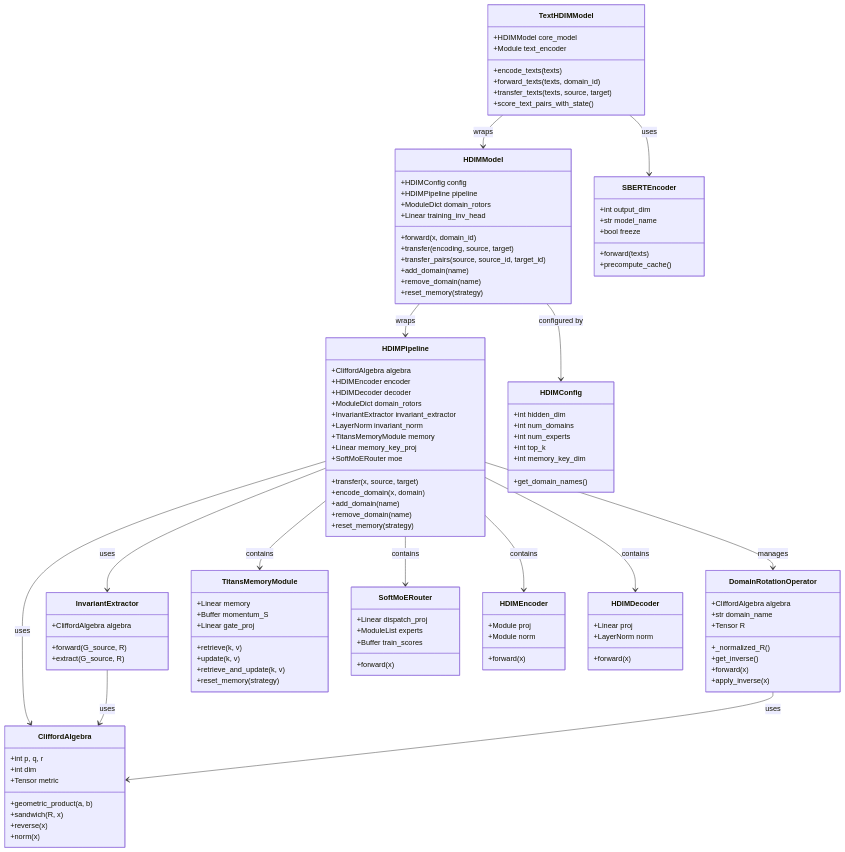
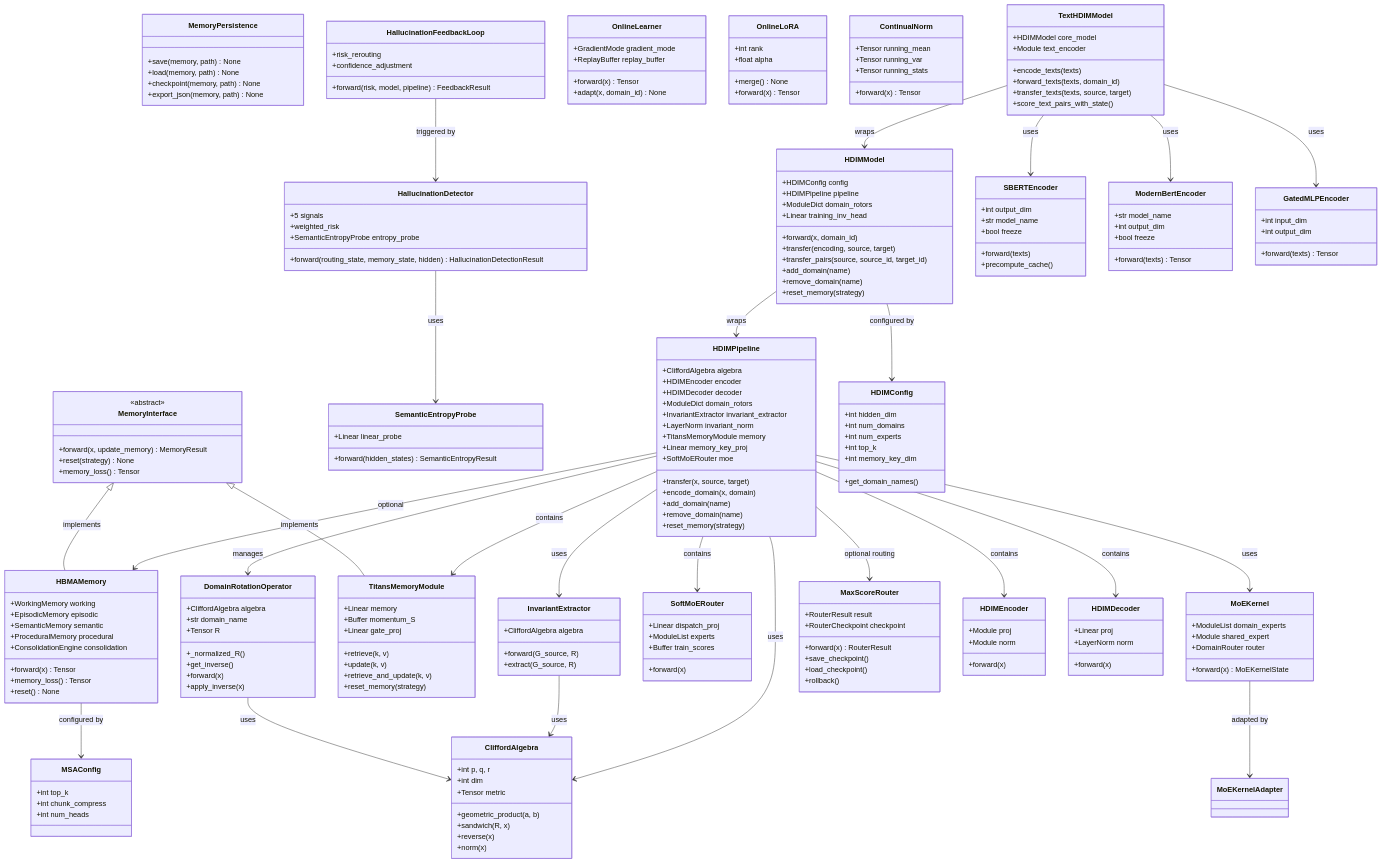
Before and after one commit to ShmidtS/hypercoplexAI: the second of 22 diagrams in docs/DIAGRAMS.md, drawn with Mermaid. The commit also changed other lines of this file and 3 other files, not shown here.

First line of the commit message:
docs: update ARCHITECTURE, DIAGRAMS, README, HDIM docs

````diff
--- a/docs/DIAGRAMS.md
+++ b/docs/DIAGRAMS.md
@@ -117,7 +142,7 @@
         +reverse(x)
         +norm(x)
     }
-    
+
     class DomainRotationOperator {
         +CliffordAlgebra algebra
         +str domain_name
@@ -127,13 +152,19 @@
         +forward(x)
         +apply_inverse(x)
     }
-    
+
     class InvariantExtractor {
         +CliffordAlgebra algebra
         +forward(G_source, R)
         +extract(G_source, R)
     }
-    
+
+    class MemoryInterface <<abstract>> {
+        +forward(x, update_memory) MemoryResult
+        +reset(strategy) None
+        +memory_loss() Tensor
+    }
+
     class TitansMemoryModule {
         +Linear memory
         +Buffer momentum_S
@@ -143,26 +174,105 @@
         +retrieve_and_update(k, v)
         +reset_memory(strategy)
     }
-    
+
+    class HBMAMemory {
+        +WorkingMemory working
+        +EpisodicMemory episodic
+        +SemanticMemory semantic
+        +ProceduralMemory procedural
+        +ConsolidationEngine consolidation
+        +forward(x) Tensor
+        +memory_loss() Tensor
+        +reset() None
+    }
+
+    class MSAConfig {
+        +int top_k
+        +int chunk_compress
+        +int num_heads
+    }
+
+    class MemoryPersistence {
+        +save(memory, path) None
+        +load(memory, path) None
+        +checkpoint(memory, path) None
+        +export_json(memory, path) None
+    }
+
     class SoftMoERouter {
         +Linear dispatch_proj
         +ModuleList experts
         +Buffer train_scores
         +forward(x)
     }
-    
+
+    class MoEKernel {
+        +ModuleList domain_experts
+        +Module shared_expert
+        +DomainRouter router
+        +forward(x) MoEKernelState
+    }
+
+    class MaxScoreRouter {
+        +forward(x) RouterResult
+        +RouterResult result
+        +RouterCheckpoint checkpoint
+        +save_checkpoint()
+        +load_checkpoint()
+        +rollback()
+    }
+
     class HDIMEncoder {
         +Module proj
         +Module norm
         +forward(x)
     }
-    
+
     class HDIMDecoder {
         +Linear proj
         +LayerNorm norm
         +forward(x)
     }
-    
+
+    class HallucinationDetector {
+        +5 signals
+        +weighted_risk
+        +SemanticEntropyProbe entropy_probe
+        +forward(routing_state, memory_state, hidden) HallucinationDetectionResult
+    }
+
+    class HallucinationFeedbackLoop {
+        +risk_rerouting
+        +confidence_adjustment
+        +forward(risk, model, pipeline) FeedbackResult
+    }
+
+    class SemanticEntropyProbe {
+        +Linear linear_probe
+        +forward(hidden_states) SemanticEntropyResult
+    }
+
+    class OnlineLearner {
+        +GradientMode gradient_mode
+        +ReplayBuffer replay_buffer
+        +forward(x) Tensor
+        +adapt(x, domain_id) None
+    }
+
+    class OnlineLoRA {
+        +int rank
+        +float alpha
+        +merge() None
+        +forward(x) Tensor
+    }
+
+    class ContinualNorm {
+        +Tensor running_mean
+        +Tensor running_var
+        +Tensor running_stats
+        +forward(x) Tensor
+    }
+
     class HDIMPipeline {
         +CliffordAlgebra algebra
         +HDIMEncoder encoder
@@ -179,18 +289,29 @@
         +remove_domain(name)
         +reset_memory(strategy)
     }
-    
-    %% Relations
+
+    %% Core relations
     HDIMPipeline --> CliffordAlgebra : uses
     HDIMPipeline --> HDIMEncoder : contains
     HDIMPipeline --> HDIMDecoder : contains
     HDIMPipeline --> DomainRotationOperator : manages
     HDIMPipeline --> InvariantExtractor : uses
     HDIMPipeline --> TitansMemoryModule : contains
+    HDIMPipeline --> HBMAMemory : optional
     HDIMPipeline --> SoftMoERouter : contains
+    HDIMPipeline --> MoEKernel : uses
+    HDIMPipeline --> MaxScoreRouter : optional routing
     InvariantExtractor --> CliffordAlgebra : uses
     DomainRotationOperator --> CliffordAlgebra : uses
-    
+    HallucinationDetector --> SemanticEntropyProbe : uses
+    HallucinationFeedbackLoop --> HallucinationDetector : triggered by
+    HBMAMemory --> MSAConfig : configured by
+    MoEKernel --> MoEKernelAdapter : adapted by
+
+    %% Memory interface hierarchy
+    MemoryInterface <|-- TitansMemoryModule : implements
+    MemoryInterface <|-- HBMAMemory : implements
+
     %% Model Layer
     class HDIMConfig {
         +int hidden_dim
@@ -200,7 +321,7 @@
         +int memory_key_dim
         +get_domain_names()
     }
-    
+
     class HDIMModel {
         +HDIMConfig config
         +HDIMPipeline pipeline
@@ -213,7 +334,7 @@
         +remove_domain(name)
         +reset_memory(strategy)
     }
-    
+
     class TextHDIMModel {
         +HDIMModel core_model
         +Module text_encoder
@@ -222,7 +343,7 @@
         +transfer_texts(texts, source, target)
         +score_text_pairs_with_state()
     }
-    
+
     class SBERTEncoder {
         +int output_dim
         +str model_name
@@ -230,10 +351,25 @@
         +forward(texts)
         +precompute_cache()
     }
-    
+
+    class ModernBertEncoder {
+        +str model_name
+        +int output_dim
+        +bool freeze
+        +forward(texts) Tensor
+    }
+
+    class GatedMLPEncoder {
+        +int input_dim
+        +int output_dim
+        +forward(texts) Tensor
+    }
+
     %% Model relations
     HDIMModel --> HDIMPipeline : wraps
     HDIMModel --> HDIMConfig : configured by
     TextHDIMModel --> HDIMModel : wraps
     TextHDIMModel --> SBERTEncoder : uses
+    TextHDIMModel --> ModernBertEncoder : uses
+    TextHDIMModel --> GatedMLPEncoder : uses
 ```
````
